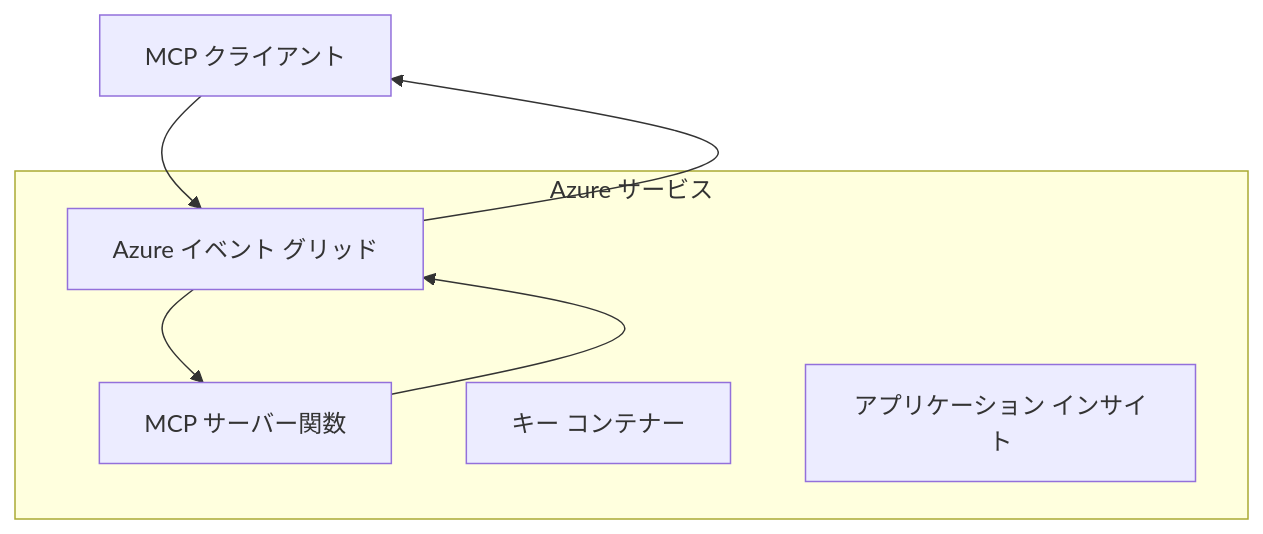
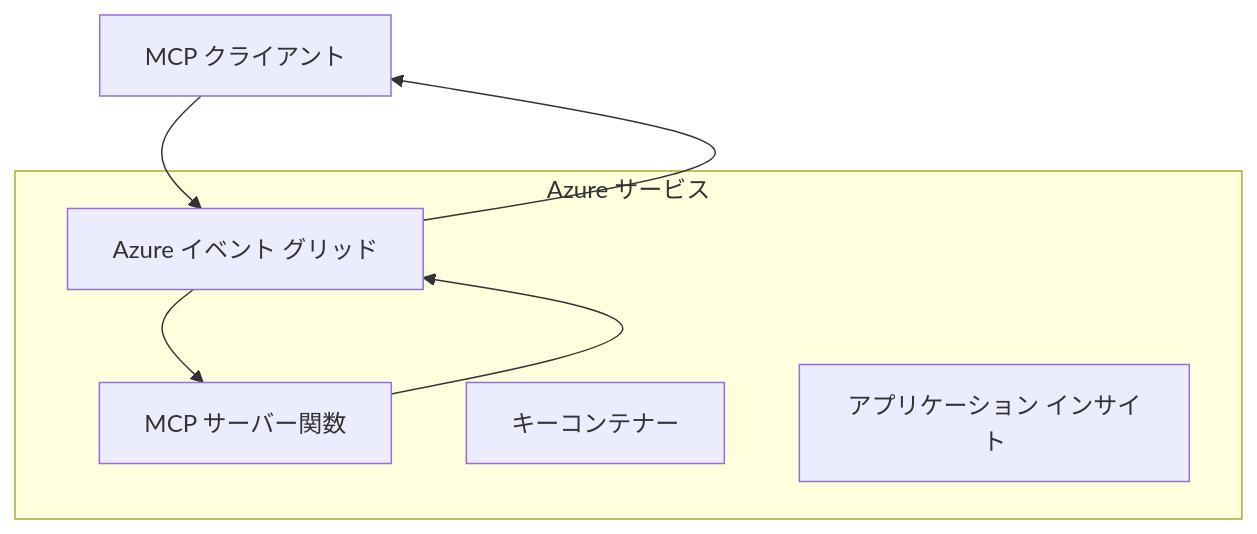
The first of 2 diagrams in mcp_ecosystem__model_context_protocol/mcp_learning_resources/mcp-for-beginners/translations/ja/05-AdvancedTopics/mcp-transport/README.md (HIDORAKAI002/ai-workspace-archive), drawn with Mermaid before and after one commit. The commit also changed other lines of this file and 1539 other files, not shown here.

````diff
--- a/mcp_ecosystem__model_context_protocol/mcp_learning_resources/mcp-for-beginners/translations/ja/05-AdvancedTopics/mcp-transport/README.md
+++ b/mcp_ecosystem__model_context_protocol/mcp_learning_resources/mcp-for-beginners/translations/ja/05-AdvancedTopics/mcp-transport/README.md
@@ -58,14 +58,14 @@
 ```mermaid
 graph TB
     Client[MCP クライアント] --> EG[Azure イベント グリッド]
     EG --> Server[MCP サーバー関数]
     Server --> EG
     EG --> Client
     
     subgraph "Azure サービス"
         EG
         Server
-        KV[キー コンテナー]
+        KV[キーコンテナー]
         Monitor[アプリケーション インサイト]
     end
 ```
````
